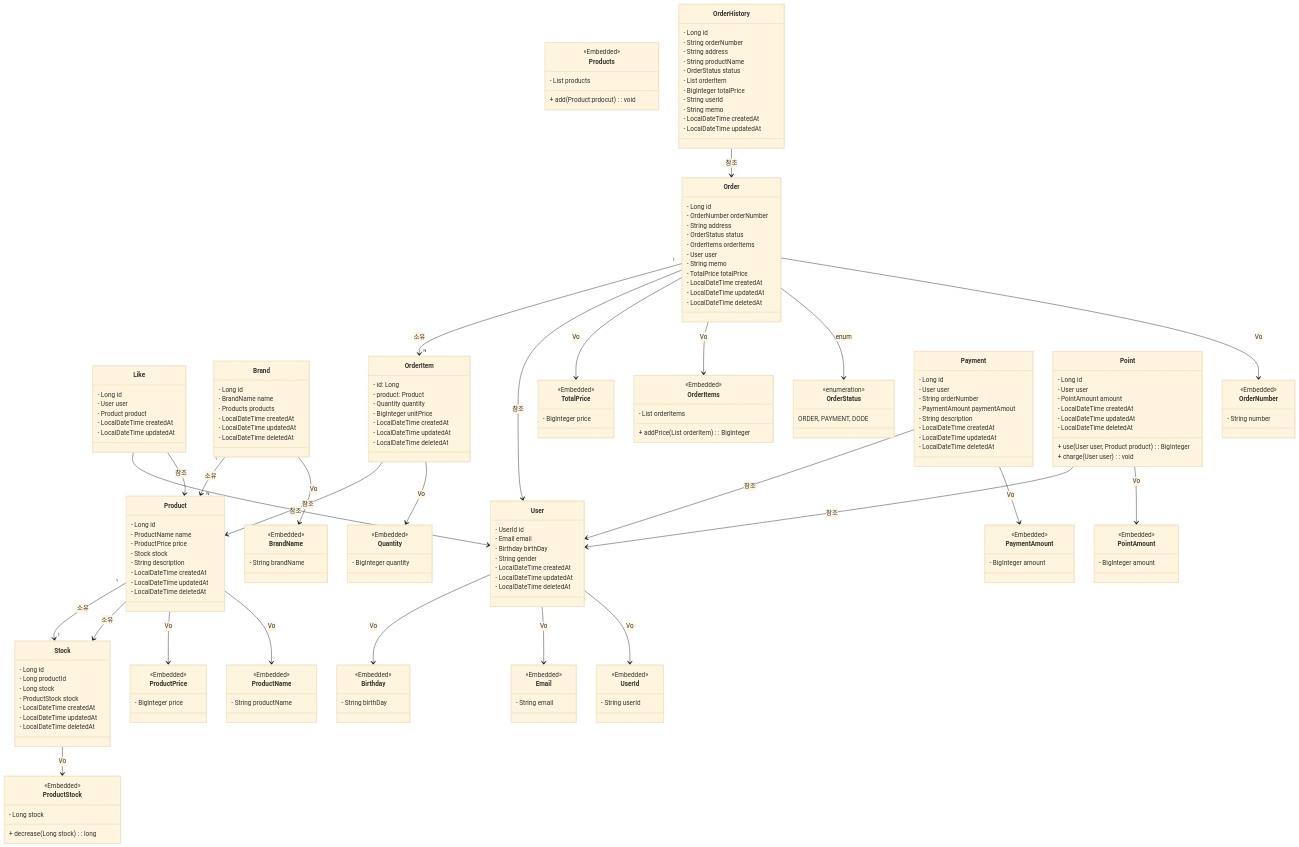
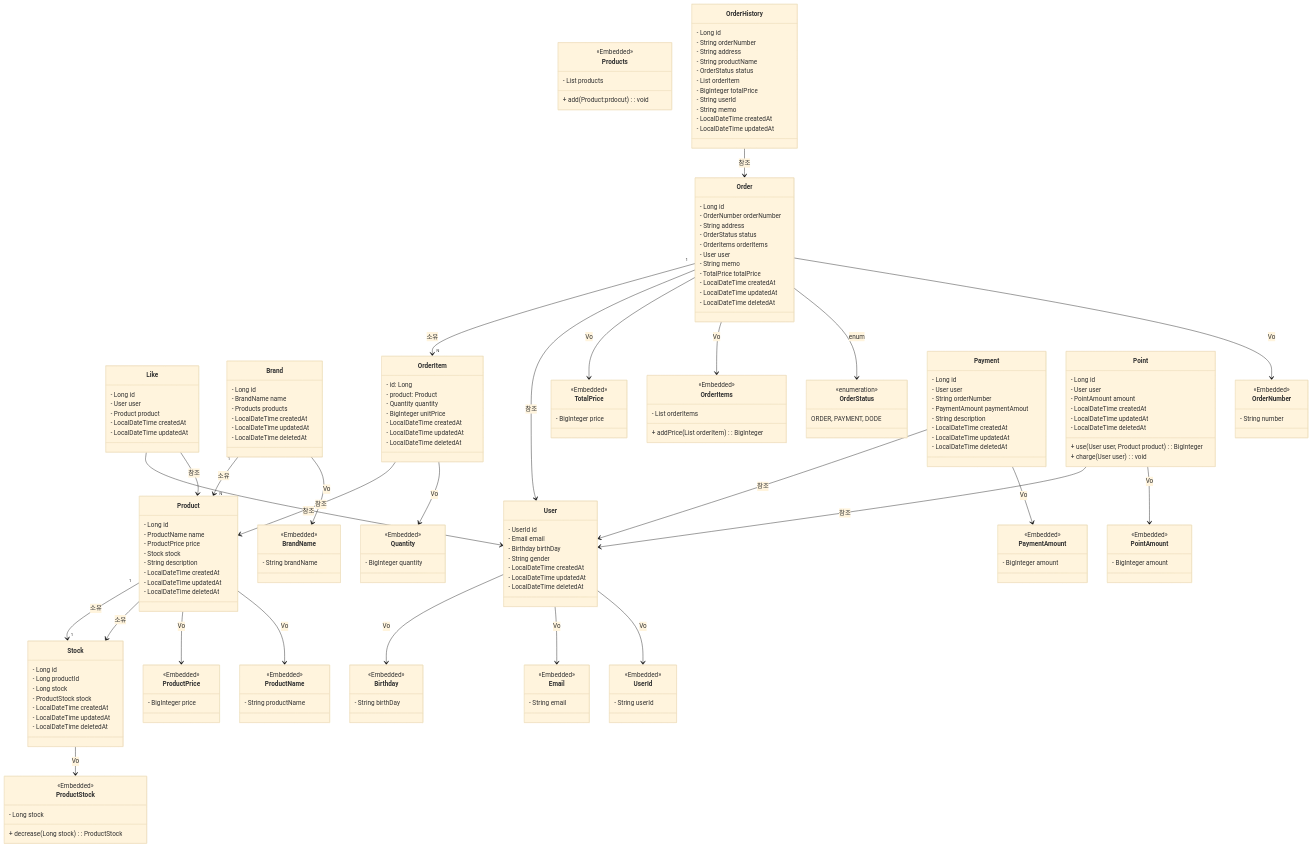
Before and after one commit to Loopers-Team-6/younghun: the diagram in apps/commerce-api/docs/desigin/03-class-diagrams.md, drawn with Mermaid (base theme).

Commit message:
docs: 메소드 리턴 수정

```diff
--- a/apps/commerce-api/docs/desigin/03-class-diagrams.md
+++ b/apps/commerce-api/docs/desigin/03-class-diagrams.md
@@ -112,7 +112,7 @@
 class ProductStock {
     <<Embedded>>
     - Long stock
-    + decrease(Long stock): long
+    + decrease(Long stock): ProductStock
 }
 
 Stock --> ProductStock : Vo
```
